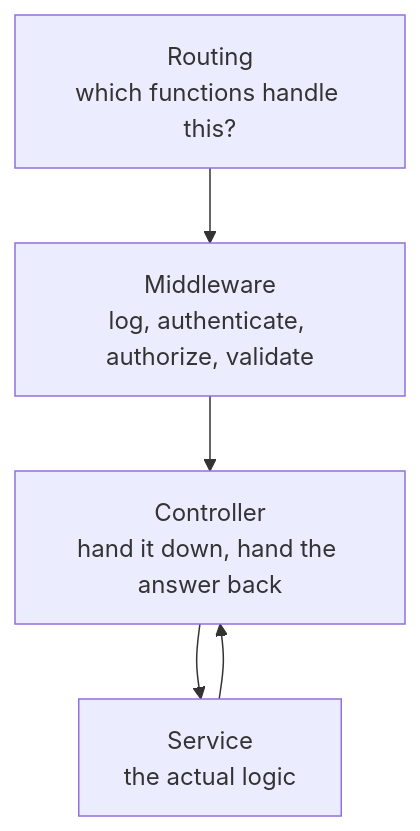
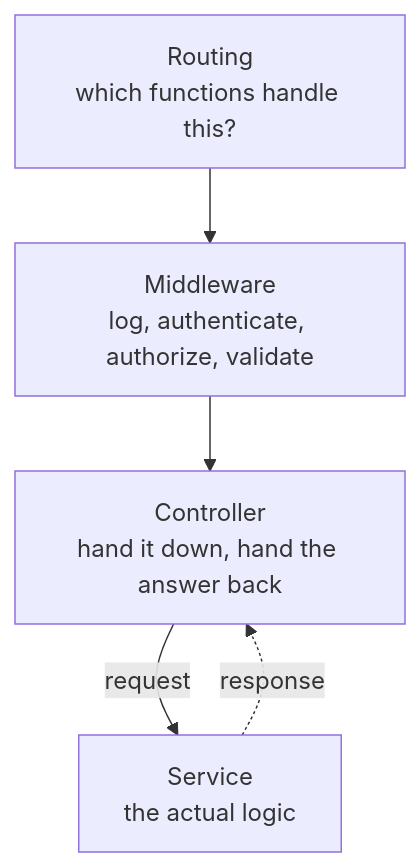
The fourth of 4 diagrams in Backend Engineering/05-Layered-Architecture/03-The-Request-Path.md (Dummy-Bug/system-design-handbook), drawn with Mermaid before and after one commit. The commit also changed 29 other files, not shown here.

````diff
--- a/Backend Engineering/05-Layered-Architecture/03-The-Request-Path.md
+++ b/Backend Engineering/05-Layered-Architecture/03-The-Request-Path.md
@@ -120,7 +120,7 @@
 ```mermaid
 flowchart TD
     R["Routing<br/>which functions handle this?"] --> M["Middleware<br/>log, authenticate, authorize, validate"]
     M --> C["Controller<br/>hand it down, hand the answer back"]
-    C --> S["Service<br/>the actual logic"]
-    S --> C
+    C -- "request" --> S["Service<br/>the actual logic"]
+    S -. "response" .-> C
 ```
````
